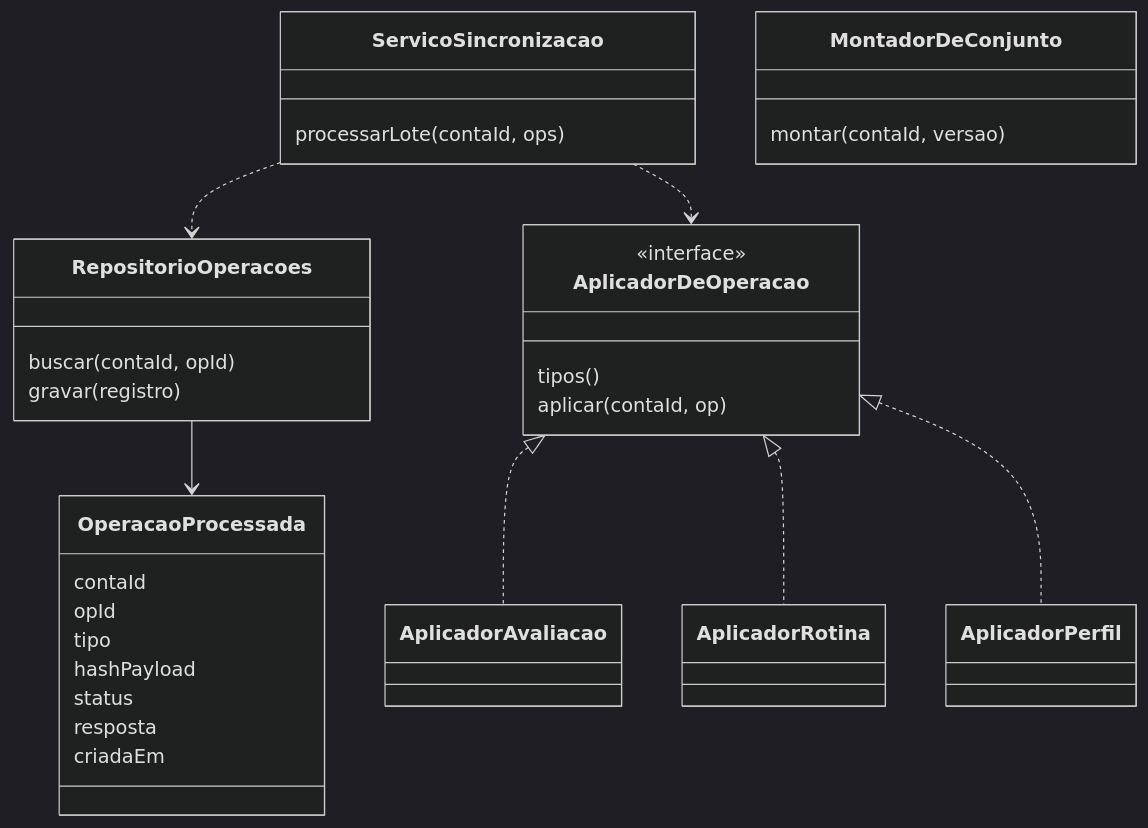
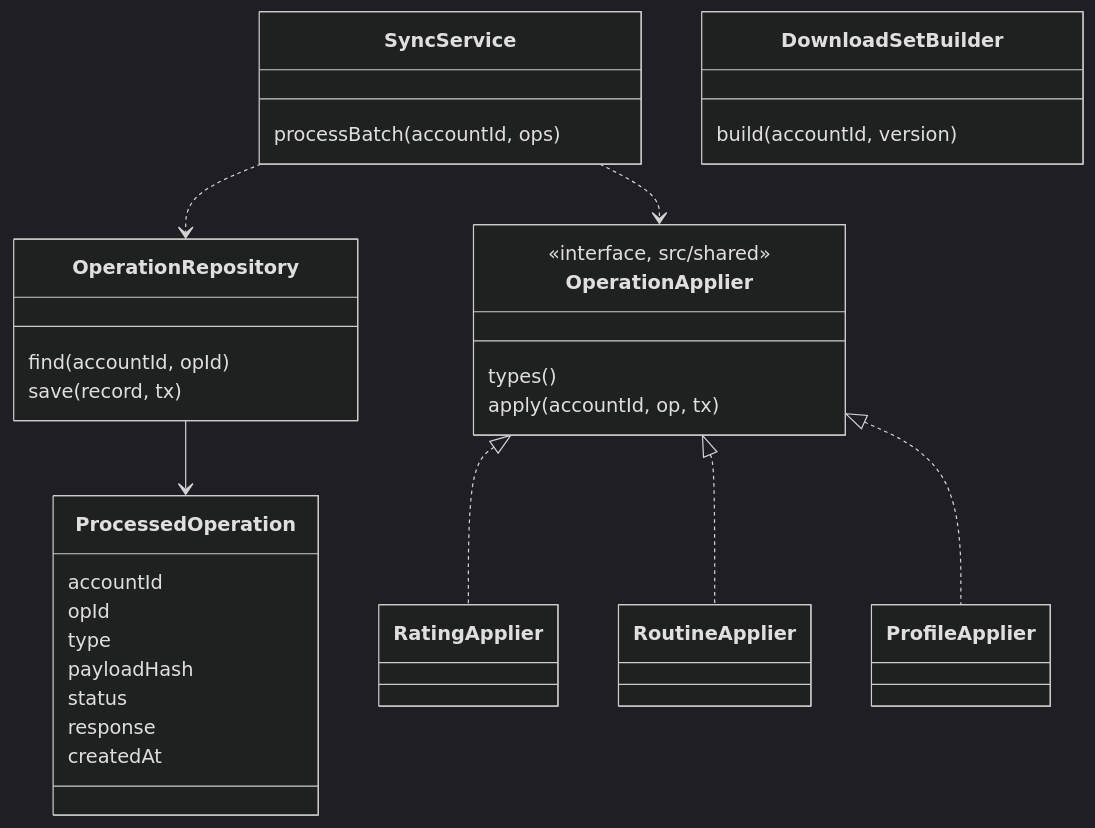
One commit to AnnyFilgueiras/projeto_tsi changed the sixth of 11 diagrams in docs/fase2/2.6-diagramas_fluxos_contratos/diagrama-classes.md. Above: the diagram before and after it, drawn with Mermaid (dark theme). The commit also changed other lines of this file and 4 other files, not shown here.

Commit message:
docs: update class diagram and sequences to v1.1 (English identifiers, Tx)

````diff
--- a/docs/fase2/2.6-diagramas_fluxos_contratos/diagrama-classes.md
+++ b/docs/fase2/2.6-diagramas_fluxos_contratos/diagrama-classes.md
@@ -351,36 +367,36 @@
 ```mermaid
 classDiagram
-  class ServicoSincronizacao {
-    processarLote(contaId, ops)
+  class SyncService {
+    processBatch(accountId, ops)
   }
-  class MontadorDeConjunto {
-    montar(contaId, versao)
+  class DownloadSetBuilder {
+    build(accountId, version)
   }
-  class OperacaoProcessada {
-    contaId
+  class ProcessedOperation {
+    accountId
     opId
-    tipo
-    hashPayload
+    type
+    payloadHash
     status
-    resposta
-    criadaEm
+    response
+    createdAt
   }
-  class RepositorioOperacoes {
-    buscar(contaId, opId)
-    gravar(registro)
+  class OperationRepository {
+    find(accountId, opId)
+    save(record, tx)
   }
-  class AplicadorDeOperacao {
-    <<interface>>
-    tipos()
-    aplicar(contaId, op)
+  class OperationApplier {
+    <<interface, src/shared>>
+    types()
+    apply(accountId, op, tx)
   }
-  class AplicadorAvaliacao
-  class AplicadorRotina
-  class AplicadorPerfil
-  ServicoSincronizacao ..> RepositorioOperacoes
-  ServicoSincronizacao ..> AplicadorDeOperacao
-  RepositorioOperacoes --> OperacaoProcessada
-  AplicadorDeOperacao <|.. AplicadorAvaliacao
-  AplicadorDeOperacao <|.. AplicadorRotina
-  AplicadorDeOperacao <|.. AplicadorPerfil
+  class RatingApplier
+  class RoutineApplier
+  class ProfileApplier
+  SyncService ..> OperationRepository
+  SyncService ..> OperationApplier
+  OperationRepository --> ProcessedOperation
+  OperationApplier <|.. RatingApplier
+  OperationApplier <|.. RoutineApplier
+  OperationApplier <|.. ProfileApplier
 ```
````
